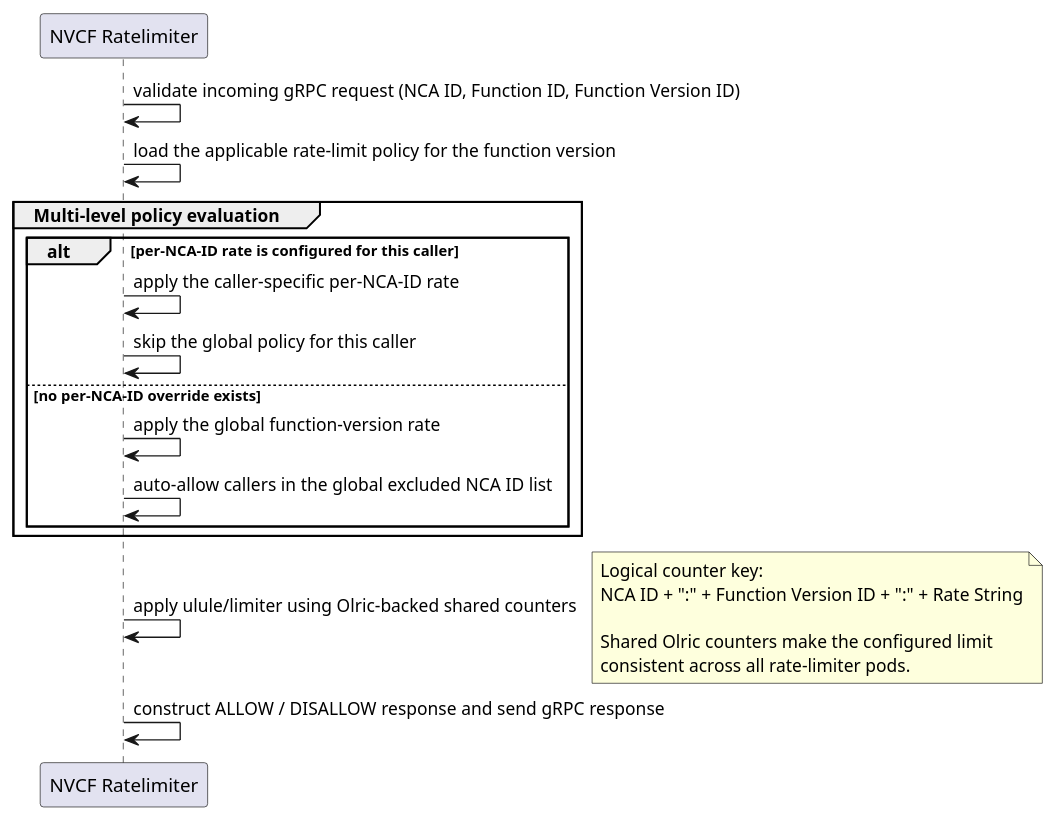
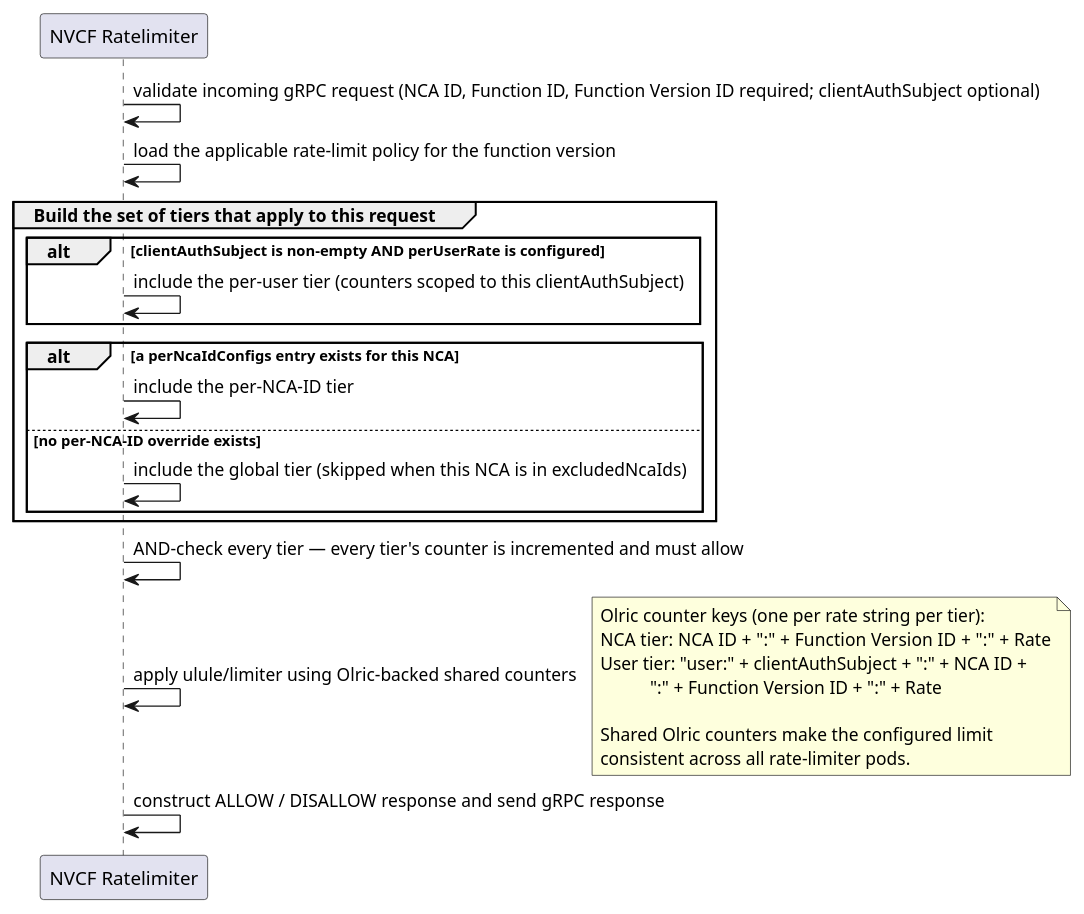
Before and after one commit to NVIDIA/nvcf: the second of 2 diagrams in src/invocation-plane-services/ratelimiter/README.md, drawn with PlantUML. The commit also changed other lines of this file and 12842 other files, not shown here.

````diff
--- a/src/invocation-plane-services/ratelimiter/README.md
+++ b/src/invocation-plane-services/ratelimiter/README.md
@@ -57,24 +91,28 @@
 ```plantuml
 participant "NVCF Ratelimiter" as service
 
-service -> service: validate incoming gRPC request (NCA ID, Function ID, Function Version ID)
+service -> service: validate incoming gRPC request (NCA ID, Function ID, Function Version ID required; clientAuthSubject optional)
 service -> service: load the applicable rate-limit policy for the function version
-group Multi-level policy evaluation
-    alt per-NCA-ID rate is configured for this caller
-        service -> service: apply the caller-specific per-NCA-ID rate
-        service -> service: skip the global policy for this caller
+group Build the set of tiers that apply to this request
+    alt clientAuthSubject is non-empty AND perUserRate is configured
+        service -> service: include the per-user tier (counters scoped to this clientAuthSubject)
+    end
+    alt a perNcaIdConfigs entry exists for this NCA
+        service -> service: include the per-NCA-ID tier
     else no per-NCA-ID override exists
-        service -> service: apply the global function-version rate
-        service -> service: auto-allow callers in the global excluded NCA ID list
+        service -> service: include the global tier (skipped when this NCA is in excludedNcaIds)
     end
 end
+service -> service: AND-check every tier — every tier's counter is incremented and must allow
 service -> service: apply ulule/limiter using Olric-backed shared counters
 note right
-        Logical counter key:
-        NCA ID + ":" + Function Version ID + ":" + Rate String
+        Olric counter keys (one per rate string per tier):
+        NCA tier:  NCA ID + ":" + Function Version ID + ":" + Rate
+        User tier: "user:" + clientAuthSubject + ":" + NCA ID +
+                   ":" + Function Version ID + ":" + Rate
 
         Shared Olric counters make the configured limit
         consistent across all rate-limiter pods.
 end note
 service -> service: construct ALLOW / DISALLOW response and send gRPC response
 ```
````
